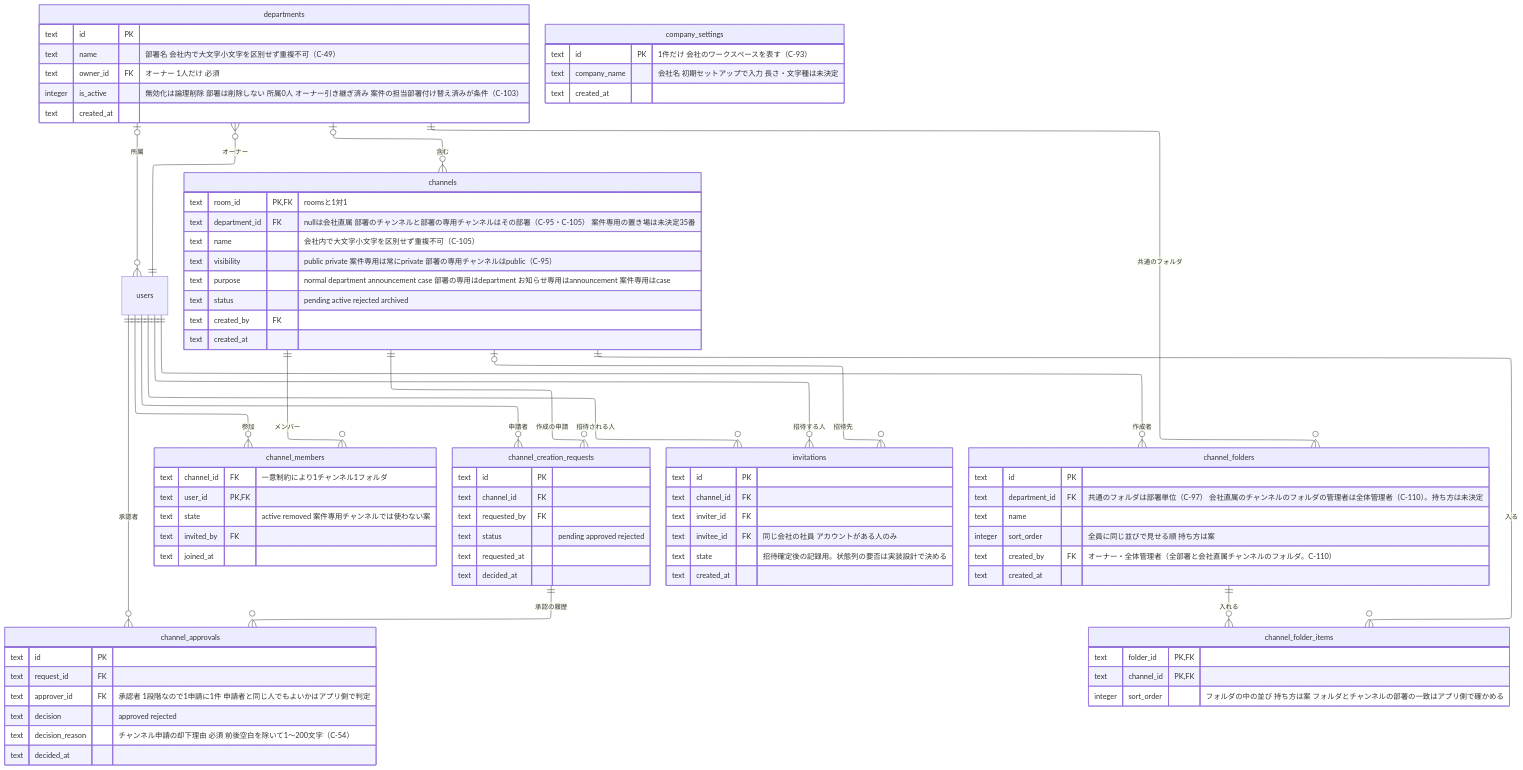
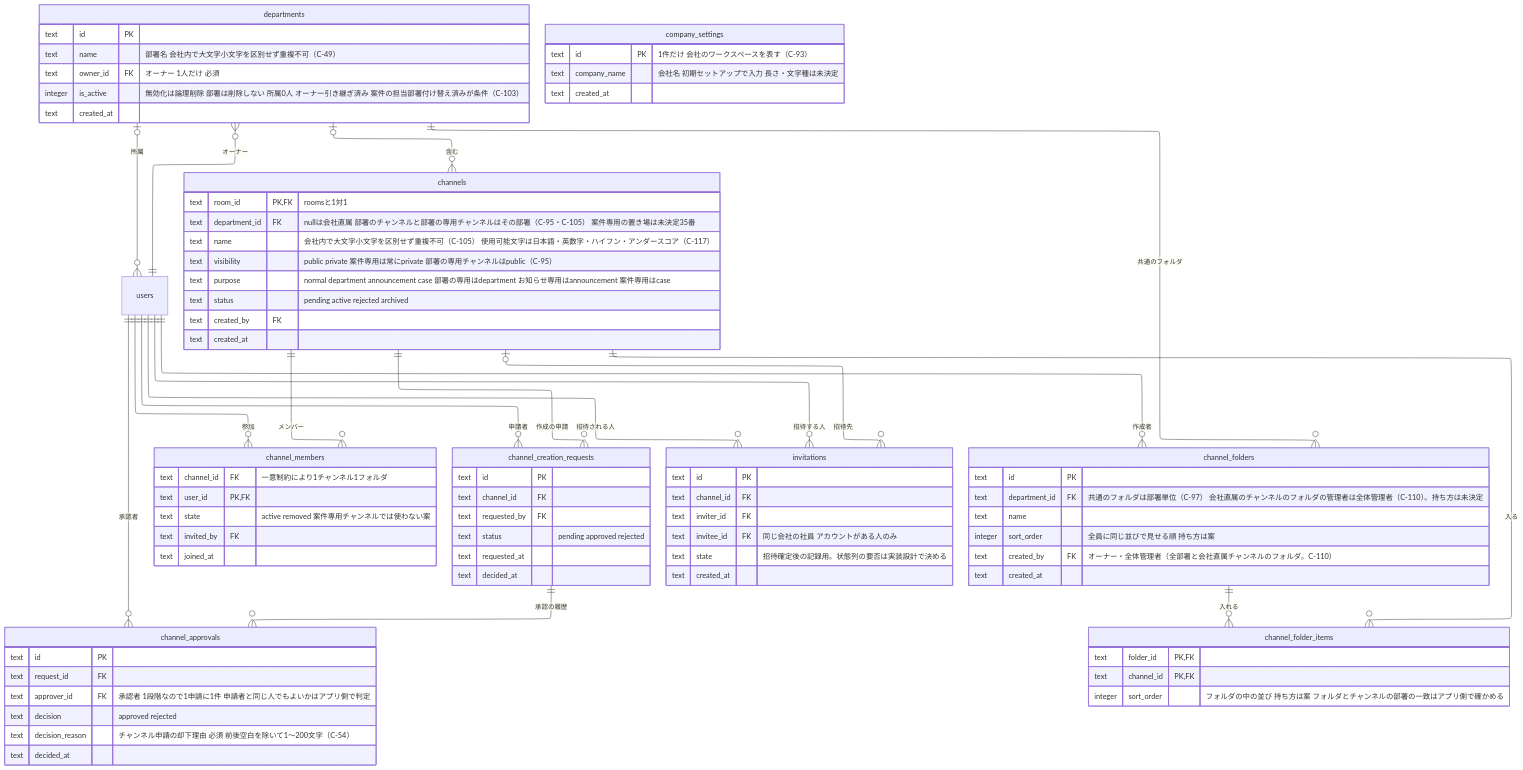
One commit to yamamotonaoki3/internal-system changed the sixth of 8 diagrams in docs/requirements/data-model.md. Above: the diagram before and after it, drawn with Mermaid. The commit also changed other lines of this file and 13 other files, not shown here.

```diff
--- a/docs/requirements/data-model.md
+++ b/docs/requirements/data-model.md
@@ -264,7 +264,7 @@
     channels {
         text room_id PK, FK "roomsと1対1"
         text department_id FK "nullは会社直属 部署のチャンネルと部署の専用チャンネルはその部署（C-95・C-105） 案件専用の置き場は未決定35番"
-        text name "会社内で大文字小文字を区別せず重複不可（C-105）"
+        text name "会社内で大文字小文字を区別せず重複不可（C-105） 使用可能文字は日本語・英数字・ハイフン・アンダースコア（C-117）"
         text visibility "public private 案件専用は常にprivate 部署の専用チャンネルはpublic（C-95）"
         text purpose "normal department announcement case 部署の専用はdepartment お知らせ専用はannouncement 案件専用はcase"
         text status "pending active rejected archived"
```
